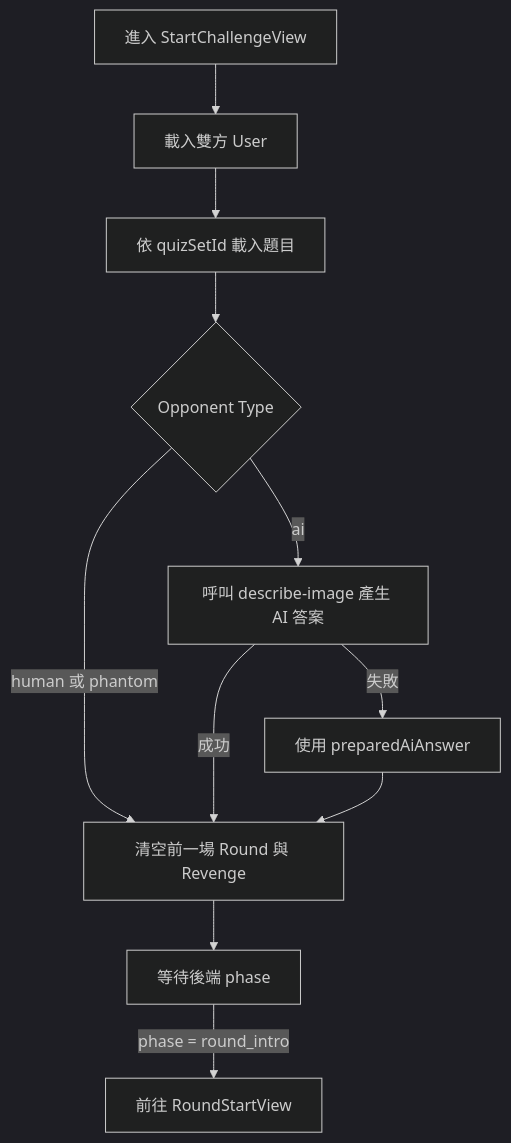
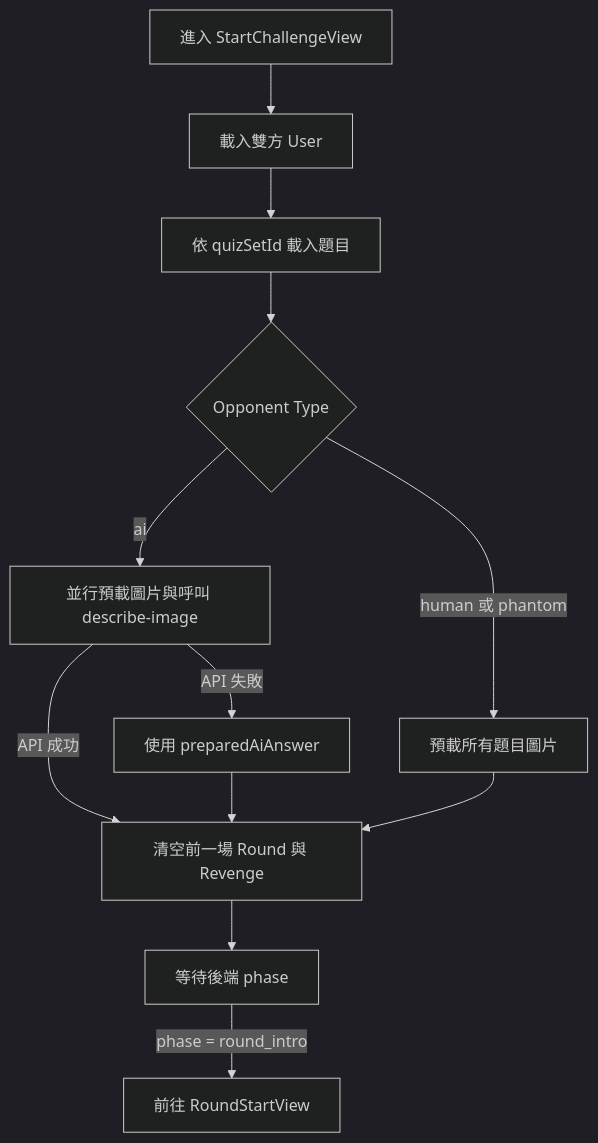
The fifth of 10 diagrams in GAME_FLOW.md (HsiaoChuanWang/lightning), drawn with Mermaid (dark theme) before and after one commit. The commit also changed other lines of this file and 3 other files, not shown here.

Commit message:
docs: update project setup and game flow documentation

````diff
--- a/GAME_FLOW.md
+++ b/GAME_FLOW.md
@@ -160,13 +160,14 @@
 ```mermaid
 flowchart TD
     Start[進入 StartChallengeView] --> Users[載入雙方 User]
     Users --> Quiz[依 quizSetId 載入題目]
     Quiz --> Type{Opponent Type}
-    Type -->|human 或 phantom| Reset[清空前一場 Round 與 Revenge]
-    Type -->|ai| Images[呼叫 describe-image 產生 AI 答案]
-    Images -->|成功| Reset
-    Images -->|失敗| Fallback[使用 preparedAiAnswer]
+    Type -->|human 或 phantom| Preload[預載所有題目圖片]
+    Type -->|ai| AiPrepare[並行預載圖片與呼叫 describe-image]
+    AiPrepare -->|API 成功| Reset[清空前一場 Round 與 Revenge]
+    AiPrepare -->|API 失敗| Fallback[使用 preparedAiAnswer]
     Fallback --> Reset
+    Preload --> Reset
     Reset --> Wait[等待後端 phase]
     Wait -->|phase = round_intro| RoundStart[前往 RoundStartView]
 ```
````
